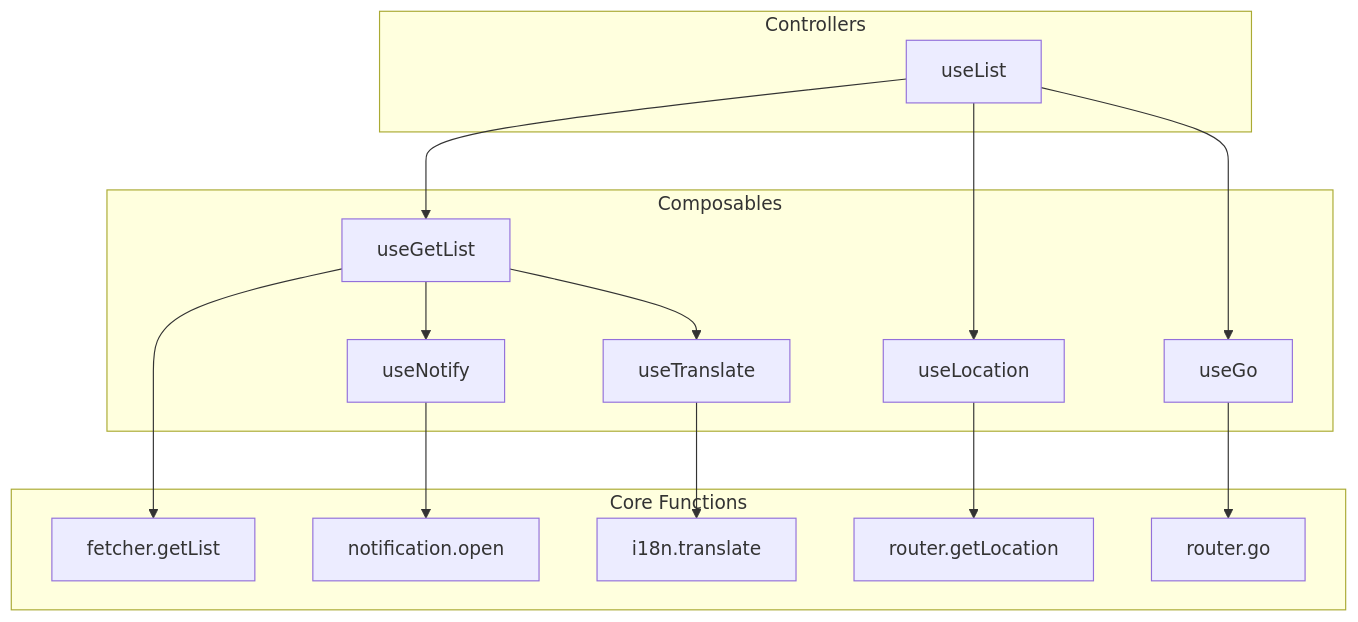
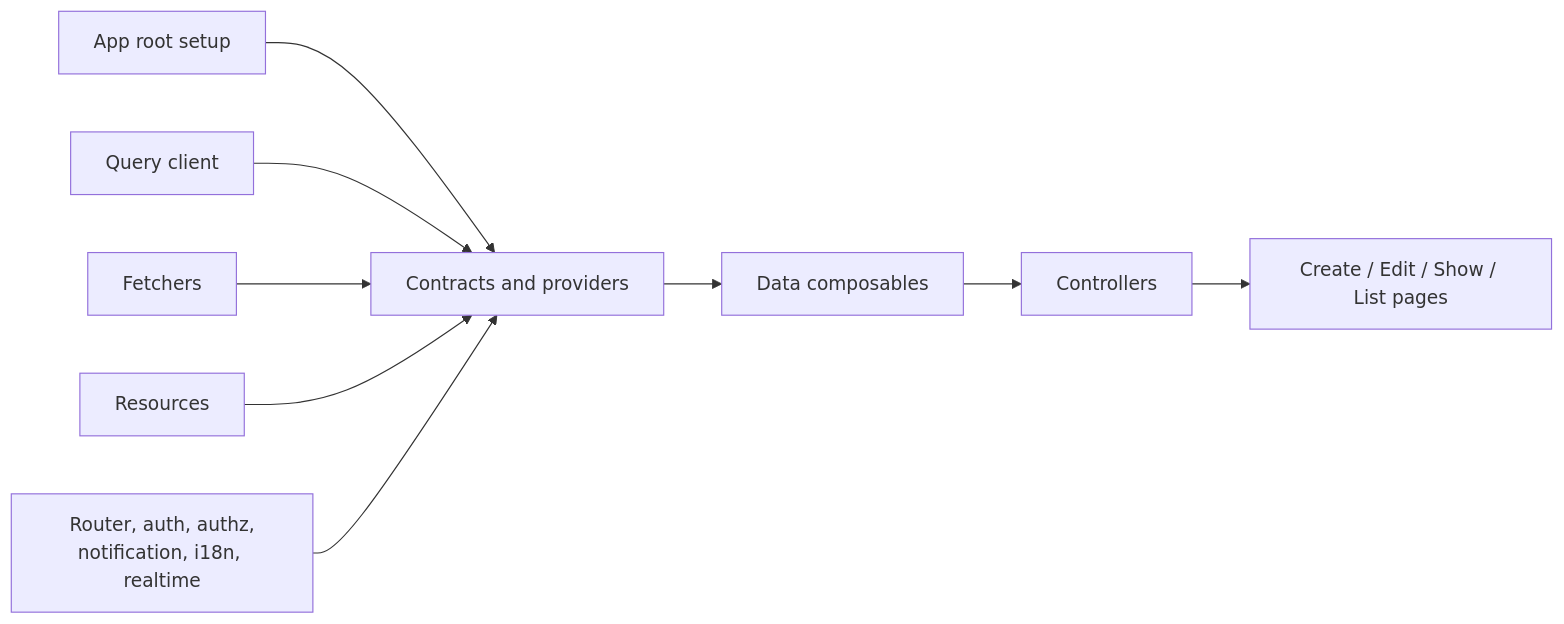
One commit to aa900031/ginjou changed the diagram in docs/content/1.guides/0.introduction.md. Above: the diagram before and after it, drawn with Mermaid. The commit also changed other lines of this file and 93 other files, not shown here.

````diff
--- a/docs/content/1.guides/0.introduction.md
+++ b/docs/content/1.guides/0.introduction.md
@@ -181,29 +18,12 @@
 ```mermaid
-graph TD
-    subgraph Core Functions
-        getList[fetcher.getList]
-        getLocation[router.getLocation]
-        go[router.go]
-        notify[notification.open]
-        translate[i18n.translate]
-    end
+flowchart LR
+		A[App root setup] --> B[Contracts and providers]
+		B --> C[Data composables]
+		C --> D[Controllers]
+		D --> E[Create / Edit / Show / List pages]
 
-    subgraph Composables
-        useGetList[useGetList]
-        useNotify[useNotify]
-        useTranslate[useTranslate]
-        useLocation[useLocation]
-        useGo[useGo]
-    end
-
-    subgraph Controllers
-        useList[useList]
-    end
-
-    useList --> useGetList & useLocation & useGo
-    useGetList --> getList & useNotify & useTranslate
-    useLocation --> getLocation
-    useGo --> go
-    useNotify --> notify
-    useTranslate --> translate
+		A1[Query client] --> B
+		A2[Fetchers] --> B
+		A3[Resources] --> B
+		A4[Router, auth, authz,<br/>notification, i18n, realtime] --> B
 ```
````
